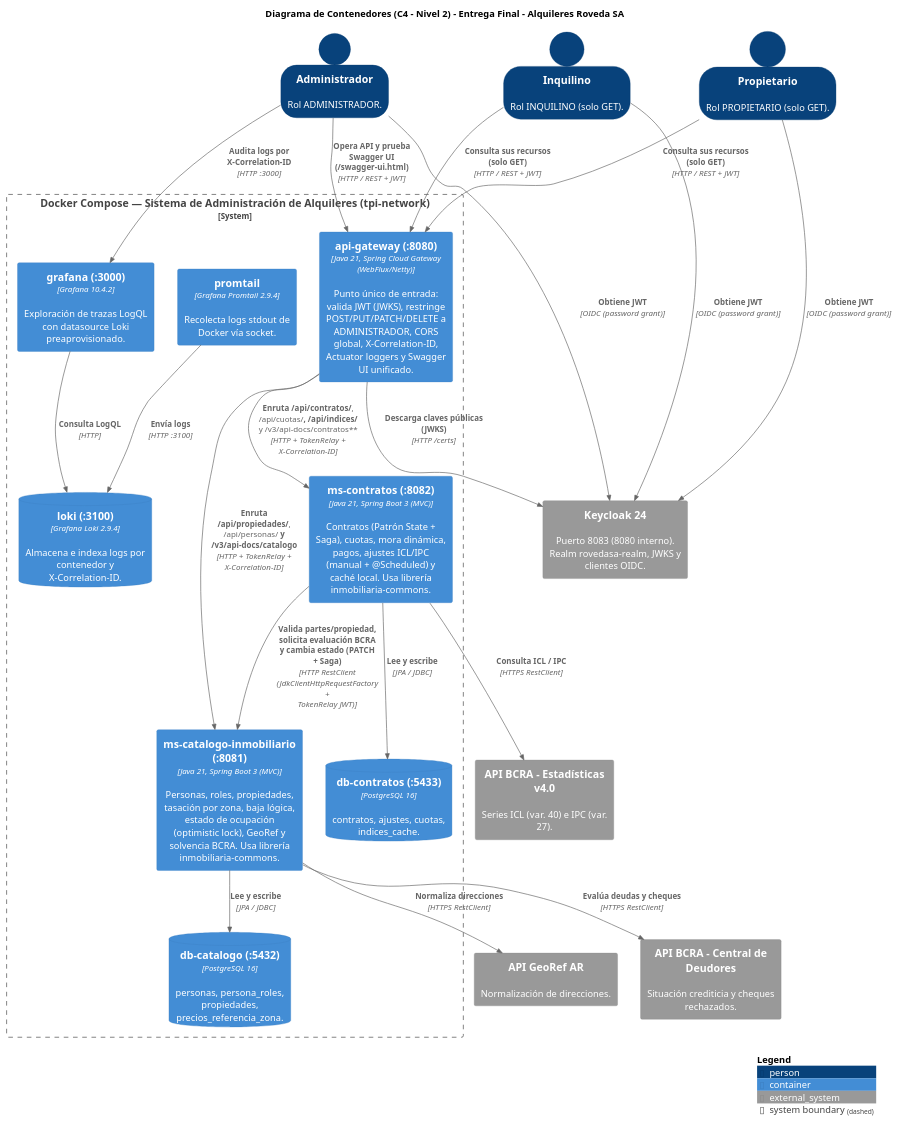
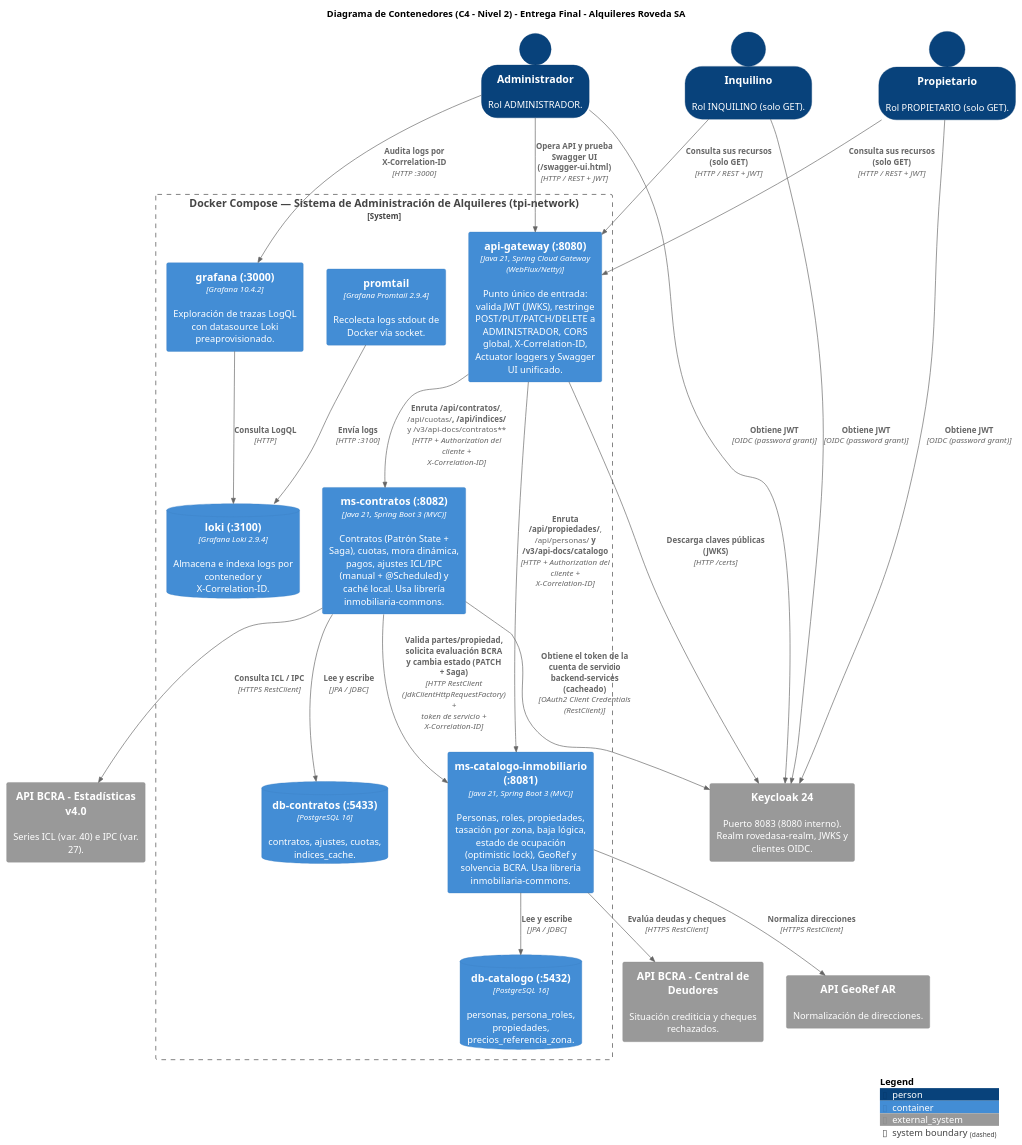
Before and after one commit to Luxuul01/tpi-back-RovedaSA: the second of 5 diagrams in docs/Diagramas-EntregaFinal.md, drawn with PlantUML. The commit also changed other lines of this file and 8 other files, not shown here.

````diff
--- a/docs/Diagramas-EntregaFinal.md
+++ b/docs/Diagramas-EntregaFinal.md
@@ -69,57 +69,58 @@
 ```plantuml
 @startuml C4_Contenedores_Final
 !include https://raw.githubusercontent.com/plantuml-stdlib/C4-PlantUML/master/C4_Container.puml
 
 LAYOUT_TOP_DOWN()
 SHOW_PERSON_OUTLINE()
 
 title Diagrama de Contenedores (C4 - Nivel 2) - Entrega Final - Alquileres Roveda SA
 
 Person(admin, "Administrador", "Rol ADMINISTRADOR.")
 Person(propietario, "Propietario", "Rol PROPIETARIO (solo GET).")
 Person(inquilino, "Inquilino", "Rol INQUILINO (solo GET).")
 
 System_Ext(keycloak, "Keycloak 24", "Puerto 8083 (8080 interno). Realm rovedasa-realm, JWKS y clientes OIDC.")
 System_Ext(georef, "API GeoRef AR", "Normalización de direcciones.")
 System_Ext(bcra_deudores, "API BCRA - Central de Deudores", "Situación crediticia y cheques rechazados.")
 System_Ext(bcra_estadisticas, "API BCRA - Estadísticas v4.0", "Series ICL (var. 40) e IPC (var. 27).")
 
 System_Boundary(sistema, "Docker Compose — Sistema de Administración de Alquileres (tpi-network)") {
     Container(api_gateway, "api-gateway (:8080)", "Java 21, Spring Cloud Gateway (WebFlux/Netty)", "Punto único de entrada: valida JWT (JWKS), restringe POST/PUT/PATCH/DELETE a ADMINISTRADOR, CORS global, X-Correlation-ID, Actuator loggers y Swagger UI unificado.")
     Container(ms_catalogo, "ms-catalogo-inmobiliario (:8081)", "Java 21, Spring Boot 3 (MVC)", "Personas, roles, propiedades, tasación por zona, baja lógica, estado de ocupación (optimistic lock), GeoRef y solvencia BCRA. Usa librería inmobiliaria-commons.")
     Container(ms_contratos, "ms-contratos (:8082)", "Java 21, Spring Boot 3 (MVC)", "Contratos (Patrón State + Saga), cuotas, mora dinámica, pagos, ajustes ICL/IPC (manual + @Scheduled) y caché local. Usa librería inmobiliaria-commons.")
     ContainerDb(db_catalogo, "db-catalogo (:5432)", "PostgreSQL 16", "personas, persona_roles, propiedades, precios_referencia_zona.")
     ContainerDb(db_contratos, "db-contratos (:5433)", "PostgreSQL 16", "contratos, ajustes, cuotas, indices_cache.")
     Container(promtail, "promtail", "Grafana Promtail 2.9.4", "Recolecta logs stdout de Docker vía socket.")
     ContainerDb(loki, "loki (:3100)", "Grafana Loki 2.9.4", "Almacena e indexa logs por contenedor y X-Correlation-ID.")
     Container(grafana, "grafana (:3000)", "Grafana 10.4.2", "Exploración de trazas LogQL con datasource Loki preaprovisionado.")
 }
 
 Rel(admin, keycloak, "Obtiene JWT", "OIDC (password grant)")
 Rel(propietario, keycloak, "Obtiene JWT", "OIDC (password grant)")
 Rel(inquilino, keycloak, "Obtiene JWT", "OIDC (password grant)")
 
 Rel(admin, api_gateway, "Opera API y prueba Swagger UI (/swagger-ui.html)", "HTTP / REST + JWT")
 Rel(propietario, api_gateway, "Consulta sus recursos (solo GET)", "HTTP / REST + JWT")
 Rel(inquilino, api_gateway, "Consulta sus recursos (solo GET)", "HTTP / REST + JWT")
 Rel(admin, grafana, "Audita logs por X-Correlation-ID", "HTTP :3000")
 
 Rel(api_gateway, keycloak, "Descarga claves públicas (JWKS)", "HTTP /certs")
-Rel(api_gateway, ms_catalogo, "Enruta /api/propiedades/**, /api/personas/** y /v3/api-docs/catalogo", "HTTP + TokenRelay + X-Correlation-ID")
-Rel(api_gateway, ms_contratos, "Enruta /api/contratos/**, /api/cuotas/**, /api/indices/** y /v3/api-docs/contratos", "HTTP + TokenRelay + X-Correlation-ID")
+Rel(api_gateway, ms_catalogo, "Enruta /api/propiedades/**, /api/personas/** y /v3/api-docs/catalogo", "HTTP + Authorization del cliente + X-Correlation-ID")
+Rel(api_gateway, ms_contratos, "Enruta /api/contratos/**, /api/cuotas/**, /api/indices/** y /v3/api-docs/contratos", "HTTP + Authorization del cliente + X-Correlation-ID")
 
-Rel(ms_contratos, ms_catalogo, "Valida partes/propiedad, solicita evaluación BCRA y cambia estado (PATCH + Saga)", "HTTP RestClient (JdkClientHttpRequestFactory + TokenRelay JWT)")
+Rel(ms_contratos, keycloak, "Obtiene el token de la cuenta de servicio backend-services (cacheado)", "OAuth2 Client Credentials (RestClient)")
+Rel(ms_contratos, ms_catalogo, "Valida partes/propiedad, solicita evaluación BCRA y cambia estado (PATCH + Saga)", "HTTP RestClient (JdkClientHttpRequestFactory) + token de servicio + X-Correlation-ID")
 
 Rel(ms_catalogo, db_catalogo, "Lee y escribe", "JPA / JDBC")
 Rel(ms_contratos, db_contratos, "Lee y escribe", "JPA / JDBC")
 
 Rel(ms_catalogo, georef, "Normaliza direcciones", "HTTPS RestClient")
 Rel(ms_catalogo, bcra_deudores, "Evalúa deudas y cheques", "HTTPS RestClient")
 Rel(ms_contratos, bcra_estadisticas, "Consulta ICL / IPC", "HTTPS RestClient")
 
 Rel(promtail, loki, "Envía logs", "HTTP :3100")
 Rel(grafana, loki, "Consulta LogQL", "HTTP")
 
 SHOW_LEGEND()
 @enduml
 ```
````
